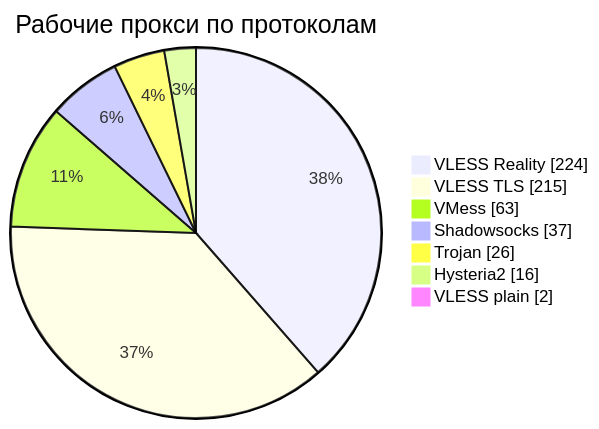
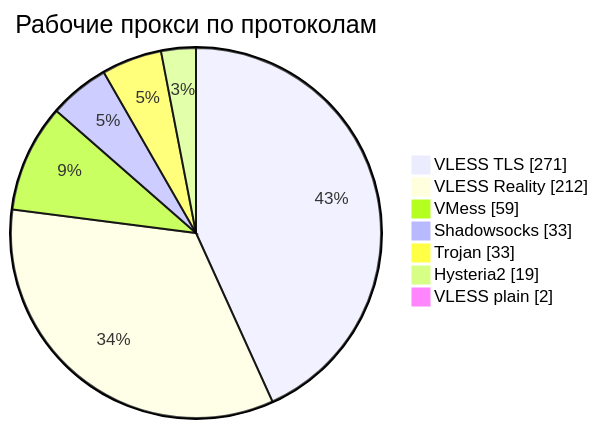
The third of 4 diagrams in README.md (rvvg/proxy-subs), drawn with Mermaid before and after one commit. The commit also changed other lines of this file and 48 other files, not shown here.

````diff
--- a/README.md
+++ b/README.md
@@ -136,11 +133,11 @@
 ```mermaid
 pie showData
     title Рабочие прокси по протоколам
-    "VLESS Reality" : 224
-    "VLESS TLS" : 215
-    "VMess" : 63
-    "Shadowsocks" : 37
-    "Trojan" : 26
-    "Hysteria2" : 16
+    "VLESS TLS" : 271
+    "VLESS Reality" : 212
+    "VMess" : 59
+    "Shadowsocks" : 33
+    "Trojan" : 33
+    "Hysteria2" : 19
     "VLESS plain" : 2
 ```
````
